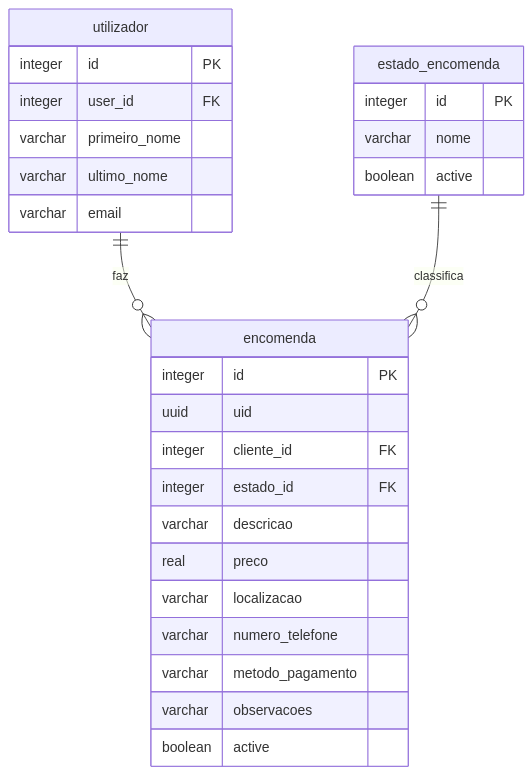
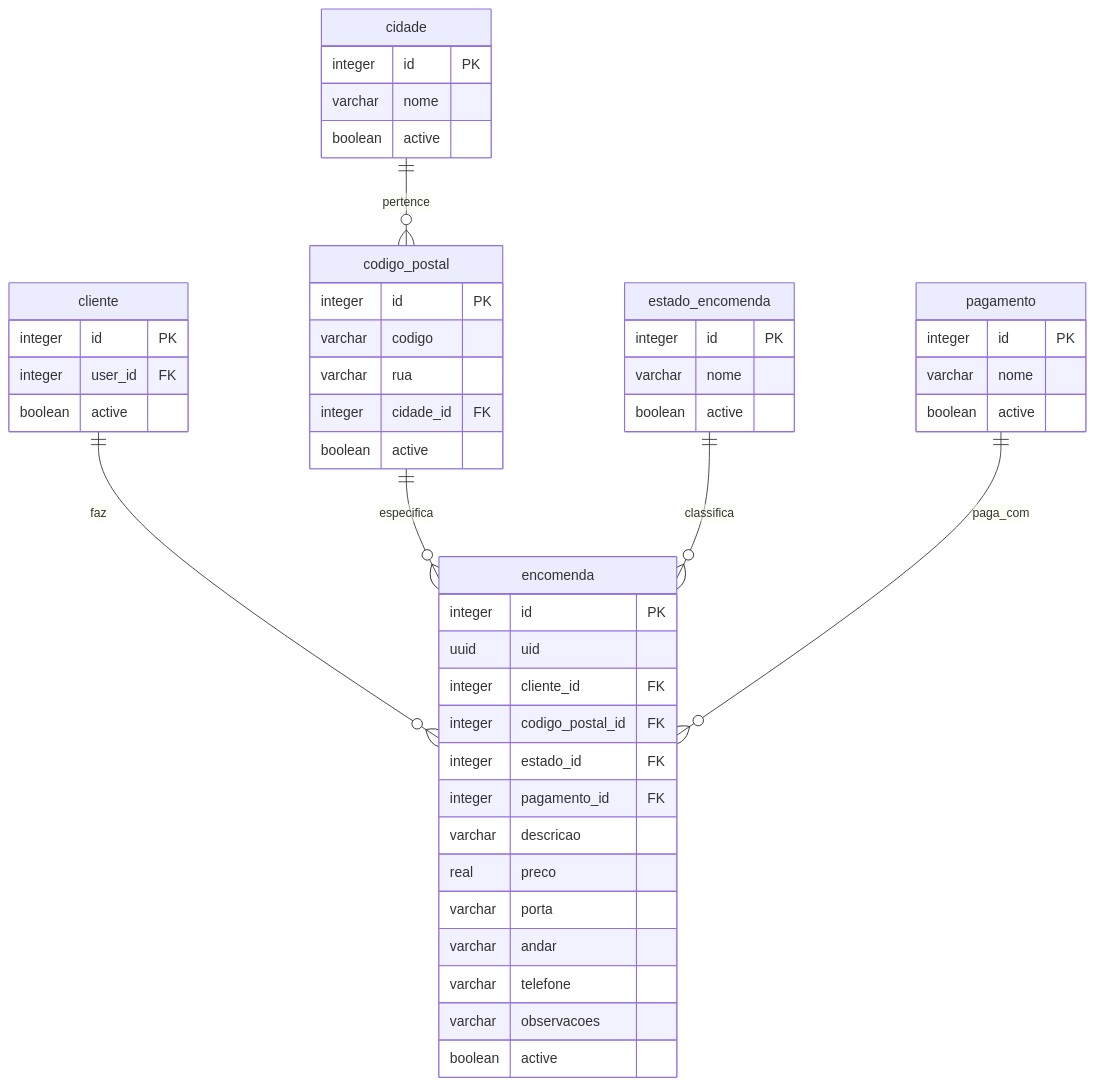
Before and after one commit to joaoInacio13/deliberatis: the diagram in docs/documentacao_encomendas.md, drawn with Mermaid. The commit also changed other lines of this file and 21 other files, not shown here.

Commit message:
feat: integrar mapa leaflet na criação de encomenda com nominatim, reestruturar serviços backend e criação de novas tabelas cidade e codigo postal

````diff
--- a/docs/documentacao_encomendas.md
+++ b/docs/documentacao_encomendas.md
@@ -11,31 +11,51 @@
 ```mermaid
 erDiagram
     encomenda {
         integer id PK
         uuid uid
         integer cliente_id FK
+        integer codigo_postal_id FK
         integer estado_id FK
+        integer pagamento_id FK
         varchar descricao
         real preco
-        varchar localizacao
-        varchar numero_telefone
-        varchar metodo_pagamento
+        varchar porta
+        varchar andar
+        varchar telefone
         varchar observacoes
+        boolean active
+    }
+    codigo_postal {
+        integer id PK
+        varchar codigo
+        varchar rua
+        integer cidade_id FK
+        boolean active
+    }
+    cidade {
+        integer id PK
+        varchar nome
         boolean active
     }
     estado_encomenda {
         integer id PK
         varchar nome
         boolean active
     }
-    utilizador {
+    pagamento {
+        integer id PK
+        varchar nome
+        boolean active
+    }
+    cliente {
         integer id PK
         integer user_id FK
-        varchar primeiro_nome
-        varchar ultimo_nome
-        varchar email
+        boolean active
     }
 
-    utilizador ||--o{ encomenda : "faz"
+    cliente ||--o{ encomenda : "faz"
+    codigo_postal ||--o{ encomenda : "especifica"
+    cidade ||--o{ codigo_postal : "pertence"
     estado_encomenda ||--o{ encomenda : "classifica"
+    pagamento ||--o{ encomenda : "paga_com"
 ```
````
